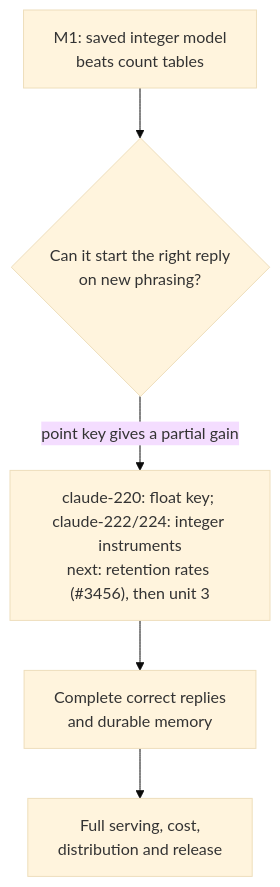
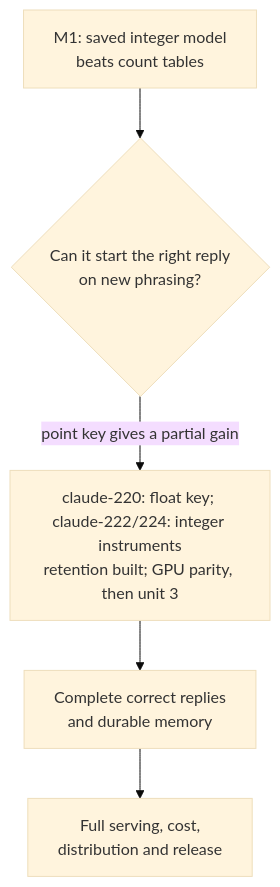
One commit to UOR-Foundation/uor-r4 changed the diagram in docs/research/open-questions.md. Above: the diagram before and after it, drawn with Mermaid (base theme). The commit also changed other lines of this file and 29 other files, not shown here.

Commit message:
[kimi] Record the retention implementation and parity gate

````diff
--- a/docs/research/open-questions.md
+++ b/docs/research/open-questions.md
@@ -8,7 +8,7 @@
 ```mermaid
 flowchart TD
   A["M1: saved integer model<br/>beats count tables"] --> B{"Can it start the right reply<br/>on new phrasing?"}
-  B -- "point key gives a partial gain" --> M["claude-220: float key; claude-222/224: integer instruments<br/>next: retention rates (#3456), then unit 3"]
+  B -- "point key gives a partial gain" --> M["claude-220: float key; claude-222/224: integer instruments<br/>retention built; GPU parity, then unit 3"]
   M --> R["Complete correct replies<br/>and durable memory"]
   R --> S["Full serving, cost,<br/>distribution and release"]
 ```
````
